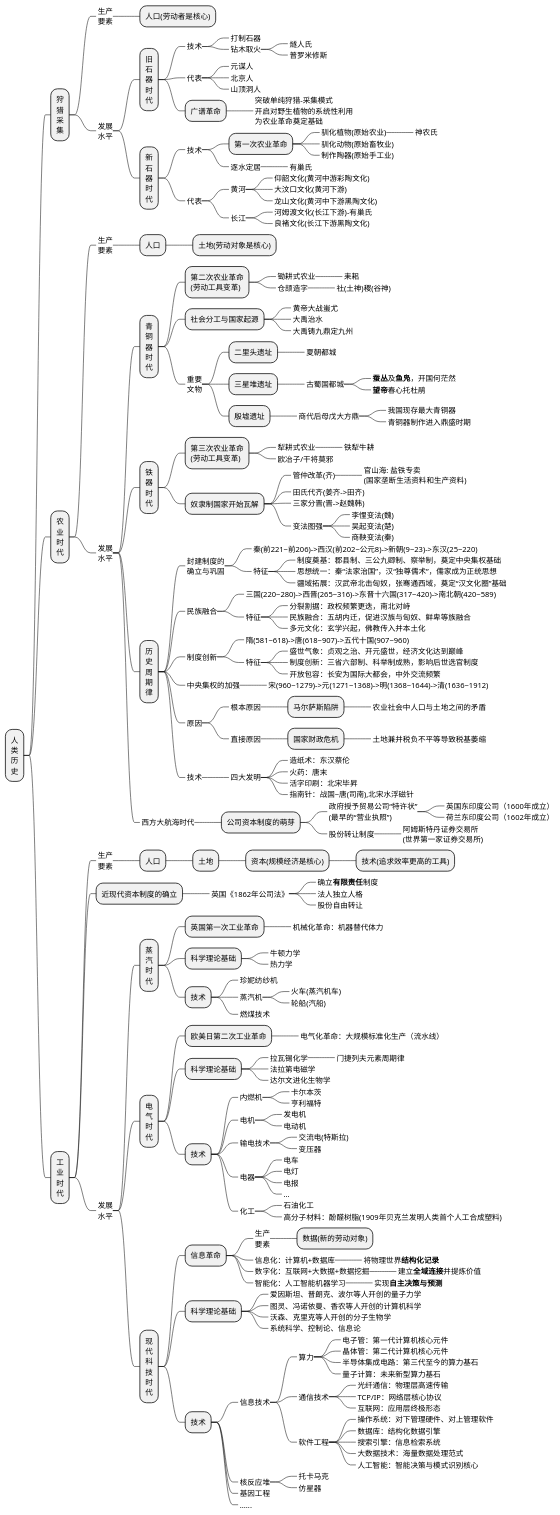
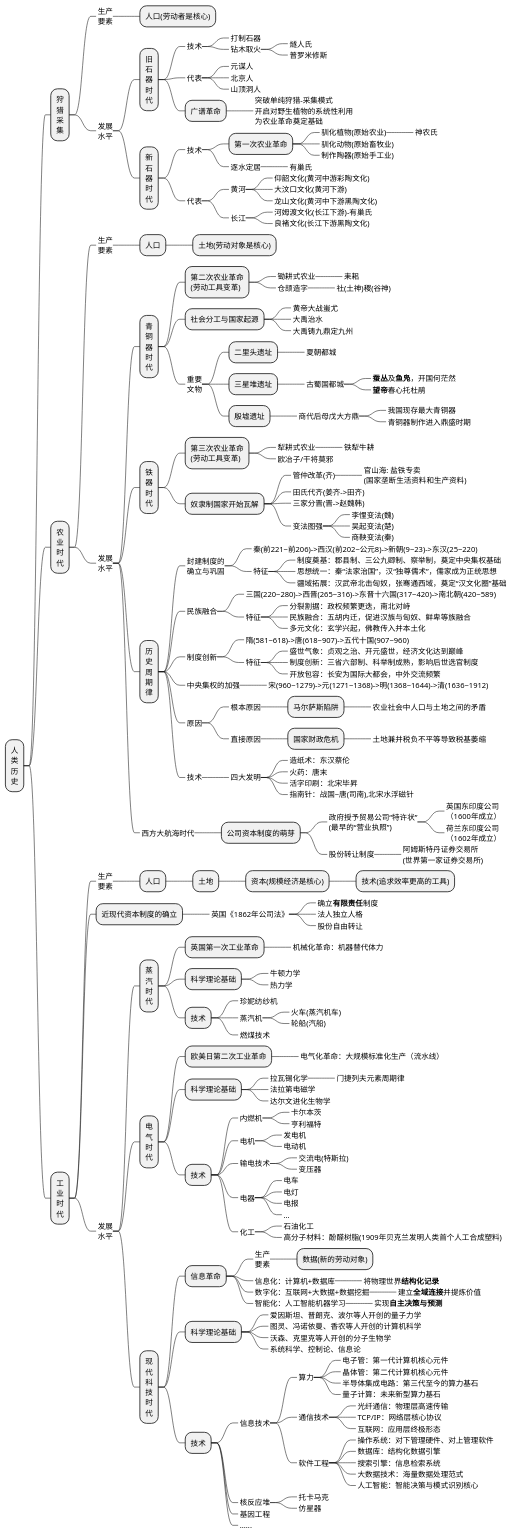
One commit to holmofy/blog.hufeifei.cn changed the first of 4 diagrams in source/_posts/economic/economic_and_history.md. Above: the diagram before and after it, drawn with PlantUML.

```diff
--- a/source/_posts/economic/economic_and_history.md
+++ b/source/_posts/economic/economic_and_history.md
@@ -131,8 +131,8 @@
 ++++_ 西方大航海时代
 +++++ 公司资本制度的萌芽
 ++++++_ 政府授予贸易公司“特许状”\n(最早的“营业执照”)
-+++++++_ 英国东印度公司（1600年成立）
-+++++++_ 荷兰东印度公司（1602年成立）
++++++++_ 英国东印度公司\n（1600年成立）
++++++++_ 荷兰东印度公司\n（1602年成立）
 ++++++_ 股份转让制度
 +++++++_ 阿姆斯特丹证券交易所\n(世界第一家证券交易所)
 ++ 工\n业\n时\n代
```
